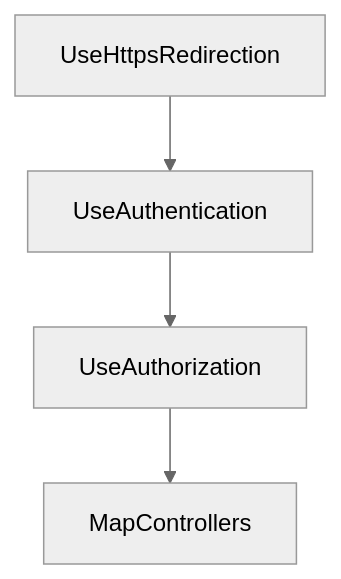
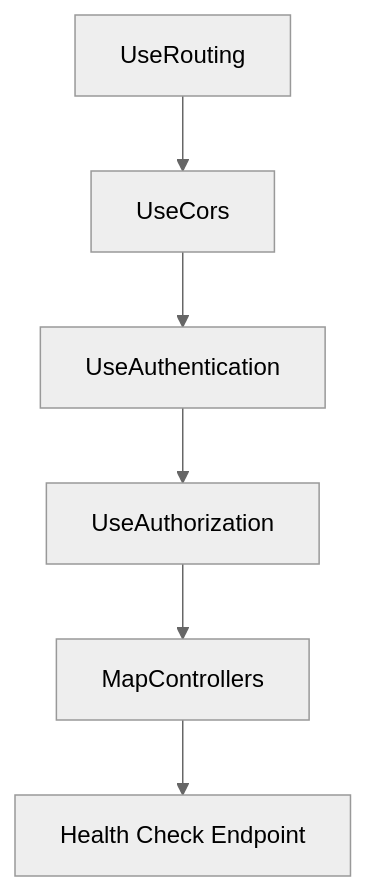
The fifth of 9 diagrams in .qoder/repowiki/en/content/Security Implementation/Authentication Middleware & Configuration.md (MuhammadFaizanQamar/game-backend-service), drawn with Mermaid (neutral theme) before and after one commit. The commit also changed other lines of this file and 62 other files, not shown here.

````diff
--- a/.qoder/repowiki/en/content/Security Implementation/Authentication Middleware & Configuration.md
+++ b/.qoder/repowiki/en/content/Security Implementation/Authentication Middleware & Configuration.md
@@ -207,6 +227,8 @@
 ```mermaid
 graph TB
-HTTPS["UseHttpsRedirection"] --> AUTH["UseAuthentication"]
+ROUTING["UseRouting"] --> CORS["UseCors"]
+CORS --> AUTH["UseAuthentication"]
 AUTH --> AUTHZ["UseAuthorization"]
 AUTHZ --> CTRL["MapControllers"]
+CTRL --> HEALTH["Health Check Endpoint"]
 ```
````
